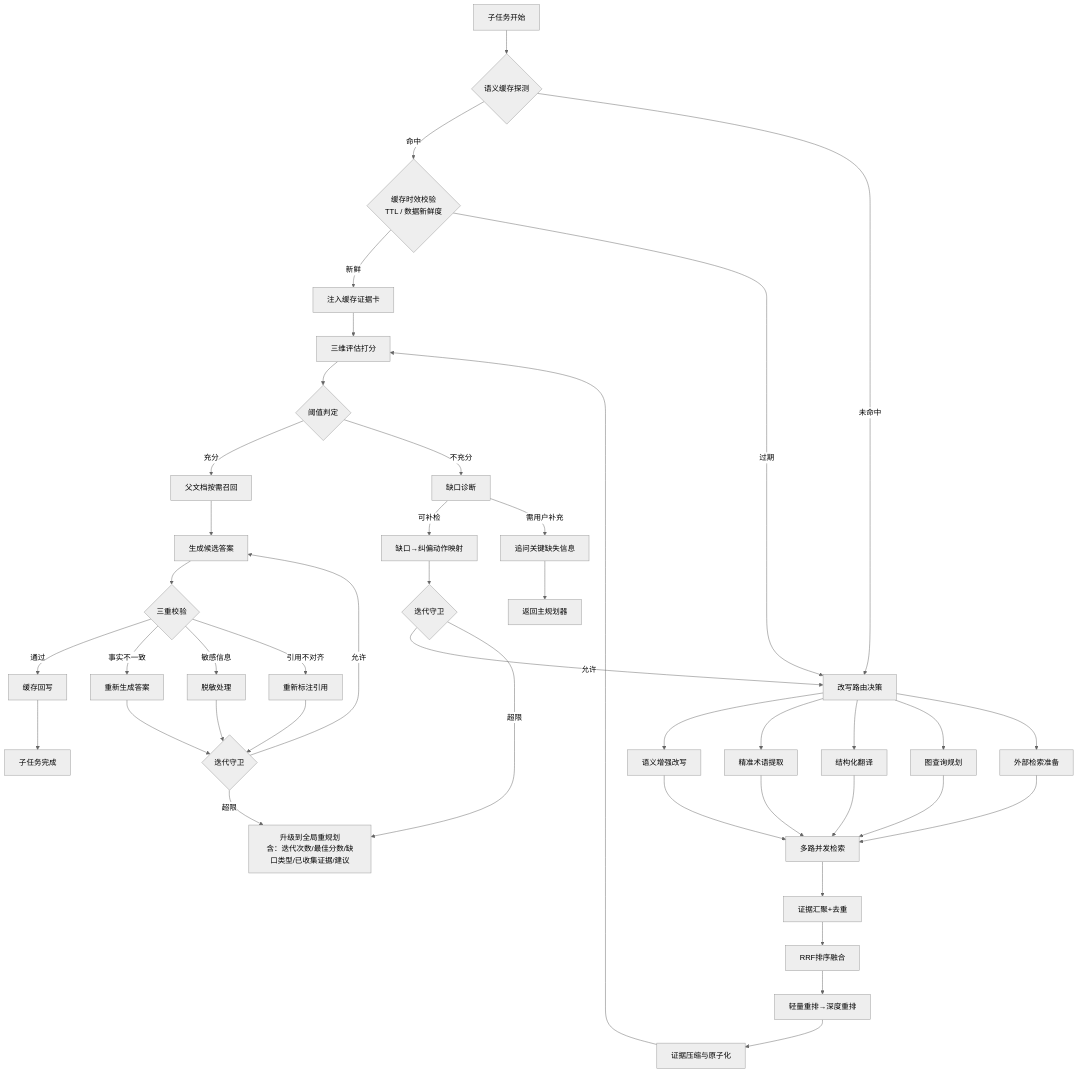
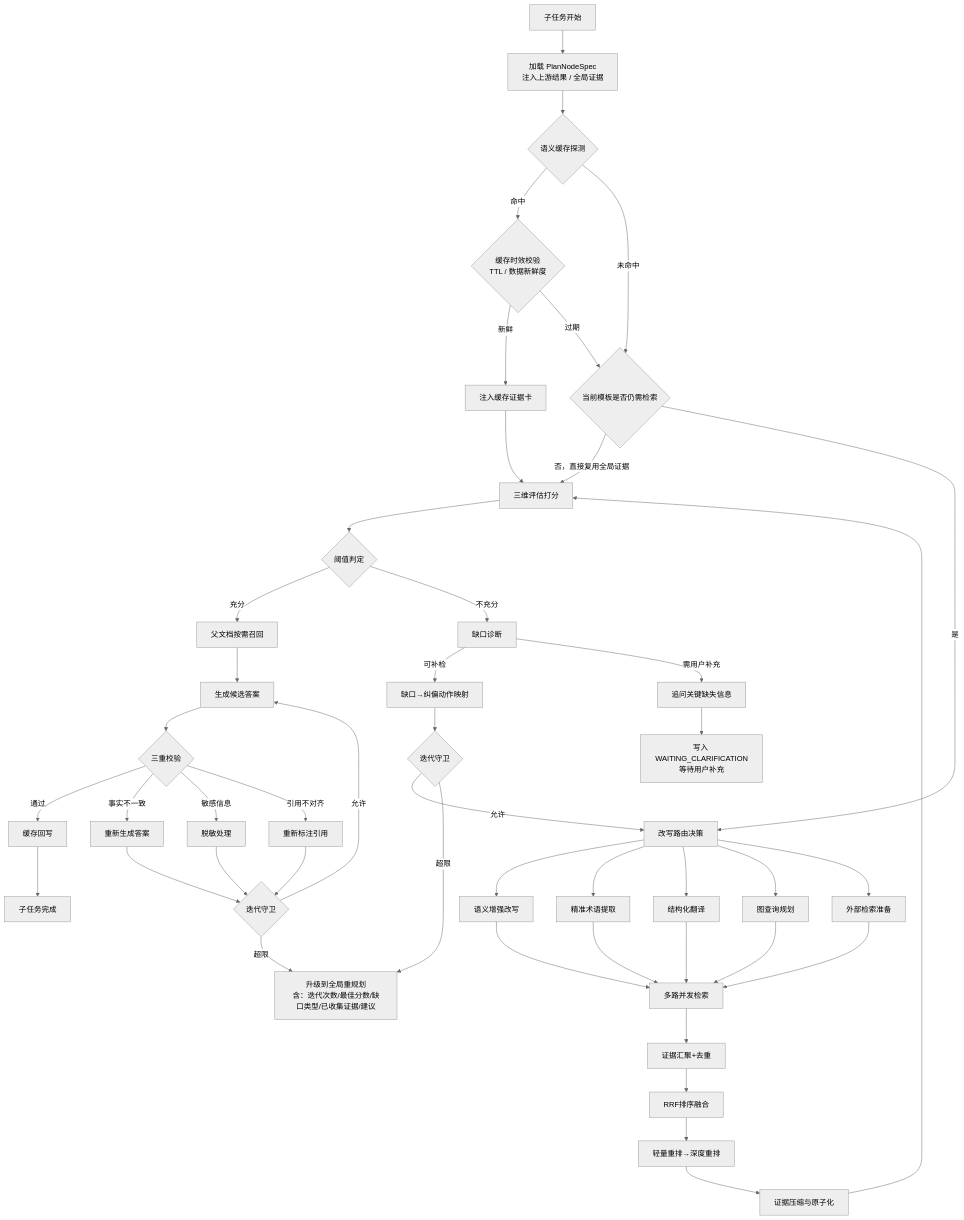
One commit to kkk935208447/learning_common_lib changed the fifth of 6 diagrams in src/learning_common_lib/案例/用户AgenticRAG检索/架构设计规划.md. Above: the diagram before and after it, drawn with Mermaid (neutral theme). The commit also changed other lines of this file and 3 other files, not shown here.

````diff
--- a/src/learning_common_lib/案例/用户AgenticRAG检索/架构设计规划.md
+++ b/src/learning_common_lib/案例/用户AgenticRAG检索/架构设计规划.md
@@ -605,45 +919,48 @@
 ```mermaid
 flowchart TD
-    Start["子任务开始"] --> CacheProbe{"语义缓存探测"}
+    Start["子任务开始"] --> LoadSpec["加载 PlanNodeSpec<br/>注入上游结果 / 全局证据"]
+    LoadSpec --> CacheProbe{"语义缓存探测"}
     CacheProbe -- "命中" --> FreshnessCheck{"缓存时效校验<br/>TTL / 数据新鲜度"}
     FreshnessCheck -- "新鲜" --> InjectEvidence["注入缓存证据卡"]
-    FreshnessCheck -- "过期" --> RewriteRoute
-    CacheProbe -- "未命中" --> RewriteRoute["改写路由决策"]
+    FreshnessCheck -- "过期" --> NeedRetrieve{"当前模板是否仍需检索"}
+    CacheProbe -- "未命中" --> NeedRetrieve
+    NeedRetrieve -- "否，直接复用全局证据" --> EvalScore
+    NeedRetrieve -- "是" --> RewriteRoute["改写路由决策"]
 
     RewriteRoute --> QV["语义增强改写"]
     RewriteRoute --> QK["精准术语提取"]
     RewriteRoute --> QS["结构化翻译"]
     RewriteRoute --> QG["图查询规划"]
     RewriteRoute --> QW["外部检索准备"]
 
     QV & QK & QS & QG & QW --> Retrieval["多路并发检索"]
     Retrieval --> Merge["证据汇聚+去重"]
     Merge --> Fusion["RRF排序融合"]
     Fusion --> Rerank["轻量重排→深度重排"]
     Rerank --> Compress["证据压缩与原子化"]
 
     Compress --> EvalScore["三维评估打分"]
     InjectEvidence --> EvalScore
     EvalScore --> Threshold{"阈值判定"}
 
     Threshold -- "充分" --> ParentHydration["父文档按需召回"]
     ParentHydration --> DraftClaims["生成候选答案"]
     DraftClaims --> Verify{"三重校验"}
     Verify -- "通过" --> CacheWrite["缓存回写"]
     CacheWrite --> Done["子任务完成"]
 
     Verify -- "事实不一致" --> RetryFactual["重新生成答案"]
     Verify -- "敏感信息" --> RetrySensitive["脱敏处理"]
     Verify -- "引用不对齐" --> RetryCitation["重新标注引用"]
     RetryFactual & RetrySensitive & RetryCitation --> LocalGuard2{"迭代守卫"}
     LocalGuard2 -- "允许" --> DraftClaims
     LocalGuard2 -- "超限" --> Escalate
 
     Threshold -- "不充分" --> GapDiag["缺口诊断"]
     GapDiag -- "可补检" --> GapMap["缺口→纠偏动作映射"]
     GapDiag -- "需用户补充" --> Clarify["追问关键缺失信息"]
-    Clarify --> ToPlanner["返回主规划器"]
+    Clarify --> WaitClarify["写入 WAITING_CLARIFICATION<br/>等待用户补充"]
     GapMap --> LocalGuard{"迭代守卫"}
     LocalGuard -- "允许" --> RewriteRoute
     LocalGuard -- "超限" --> Escalate["升级到全局重规划<br/>含：迭代次数/最佳分数/缺口类型/已收集证据/建议"]
 ```
````
